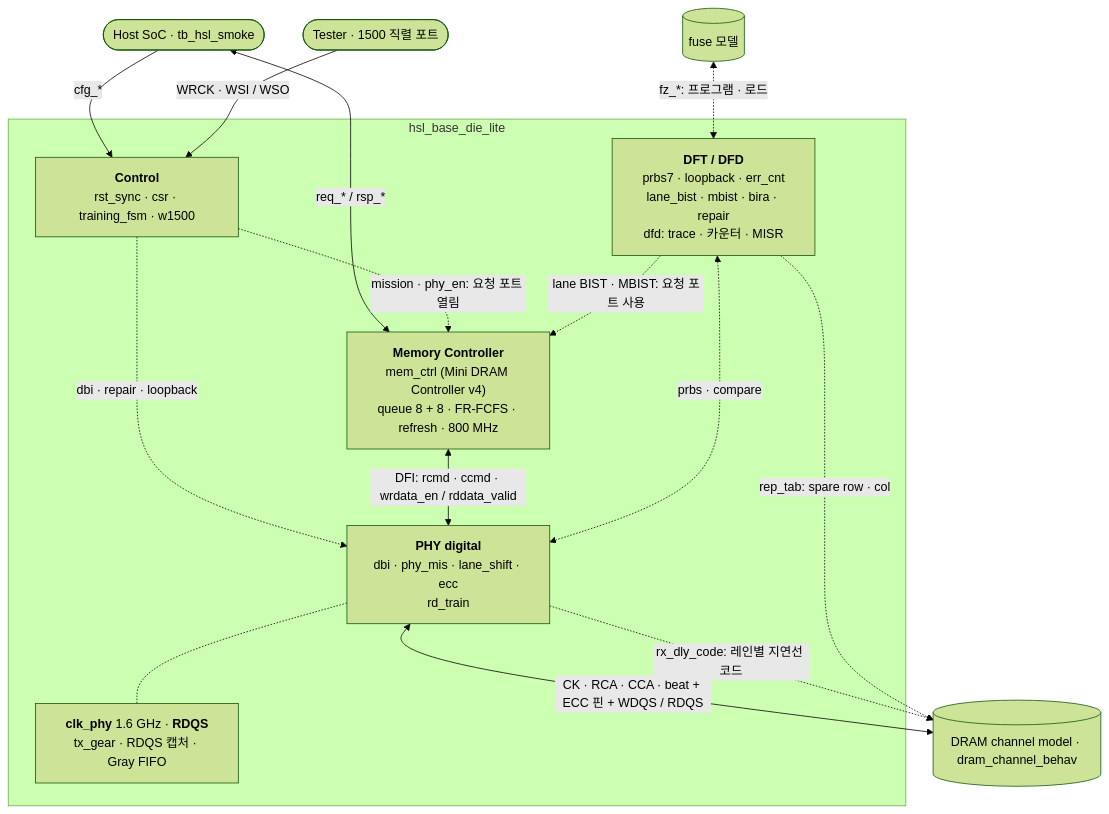
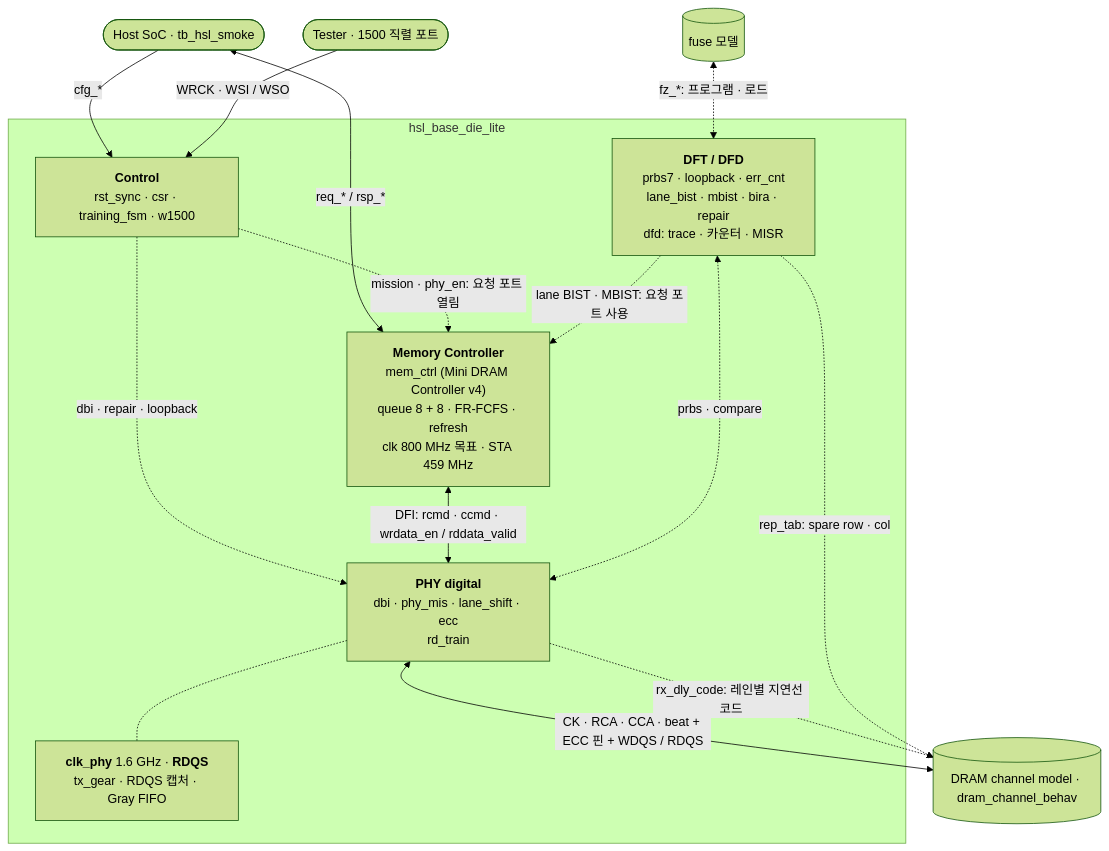
One commit to yhkwon-git/High_Speed_Link_Lite changed the diagram in README.md. Above: the diagram before and after it, drawn with Mermaid (forest theme). The commit also changed other lines of this file and 2 other files, not shown here.

````diff
--- a/README.md
+++ b/README.md
@@ -56,26 +56,26 @@
 ```mermaid
 flowchart TB
   HOST(["Host SoC · tb_hsl_smoke"])
   ATE(["Tester · 1500 직렬 포트"])
   subgraph TOP["hsl_base_die_lite"]
     CTRL["<b>Control</b><br/>rst_sync · csr · training_fsm · w1500"]
-    MC["<b>Memory Controller</b><br/>mem_ctrl (Mini DRAM Controller v4)<br/>queue 8 + 8 · FR-FCFS · refresh · 800 MHz"]
+    MC["<b>Memory Controller</b><br/>mem_ctrl (Mini DRAM Controller v4)<br/>queue 8 + 8 · FR-FCFS · refresh<br/>clk 800 MHz 목표 · STA 459 MHz"]
     PHY["<b>PHY digital</b><br/>dbi · phy_mis · lane_shift · ecc<br/>rd_train"]
     DFT["<b>DFT / DFD</b><br/>prbs7 · loopback · err_cnt<br/>lane_bist · mbist · bira · repair<br/>dfd: trace · 카운터 · MISR"]
     CDC["<b>clk_phy</b> 1.6 GHz · <b>RDQS</b><br/>tx_gear · RDQS 캡처 · Gray FIFO"]
   end
   DRAM[("DRAM channel model · dram_channel_behav")]
   HOST -->|"cfg_*"| CTRL
   ATE -->|"WRCK · WSI / WSO"| CTRL
   HOST <-->|"req_* / rsp_*"| MC
   CTRL -.->|"mission · phy_en: 요청 포트 열림"| MC
   CTRL -.->|"dbi · repair · loopback"| PHY
   MC <-->|"DFI: rcmd · ccmd · wrdata_en / rddata_valid"| PHY
   DFT <-.->|"prbs · compare"| PHY
   DFT -.->|"lane BIST · MBIST: 요청 포트 사용"| MC
   PHY -.- CDC
   PHY <-->|"CK · RCA · CCA · beat + ECC 핀 + WDQS / RDQS"| DRAM
   PHY -.->|"rx_dly_code: 레인별 지연선 코드"| DRAM
   DFT -.->|"rep_tab: spare row · col"| DRAM
   FUSE[("fuse 모델")] <-.->|"fz_*: 프로그램 · 로드"| DFT
 ```
````
